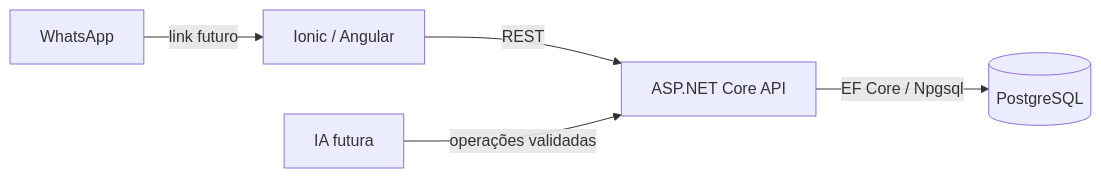
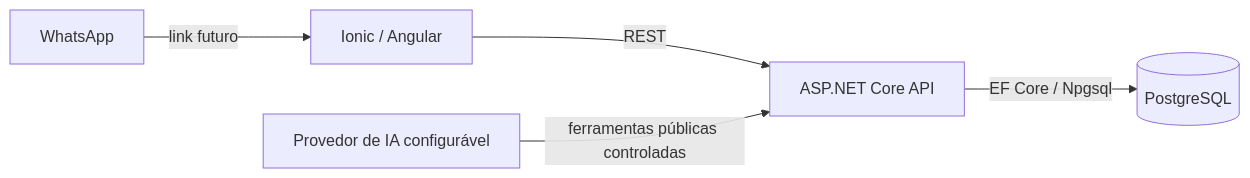
The diagram in docs/architecture.md (Pauliinrodrigues/MadeinMinasApp), drawn with Mermaid before and after one commit. The commit also changed other lines of this file and 123 other files, not shown here.

````diff
--- a/docs/architecture.md
+++ b/docs/architecture.md
@@ -19,7 +19,7 @@
 ```mermaid
 flowchart LR
   WhatsApp -->|link futuro| Frontend[Ionic / Angular]
   Frontend -->|REST| API[ASP.NET Core API]
   API -->|EF Core / Npgsql| DB[(PostgreSQL)]
-  AI[IA futura] -->|operações validadas| API
+  AI[Provedor de IA configurável] -->|ferramentas públicas controladas| API
 ```
````
